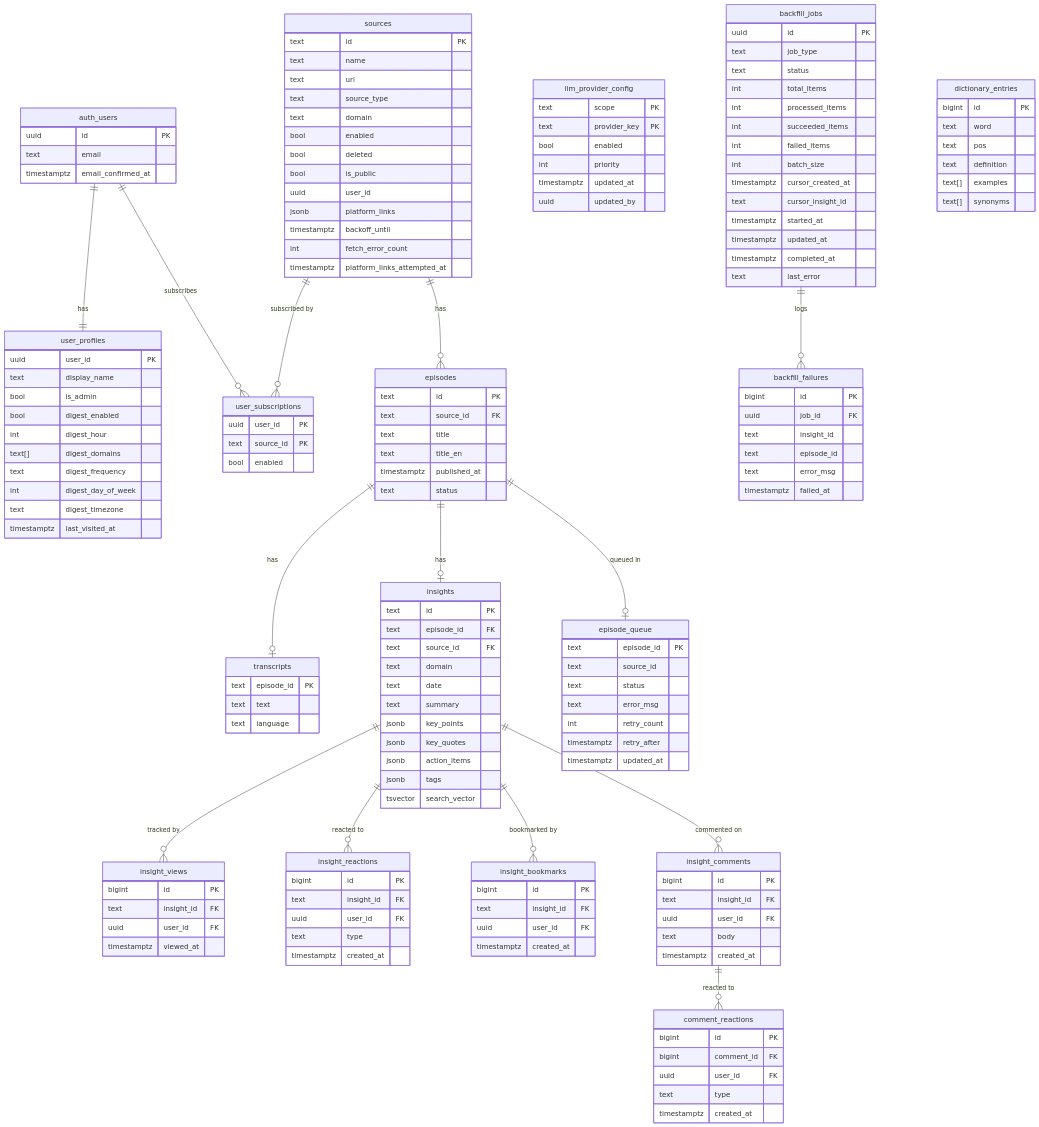
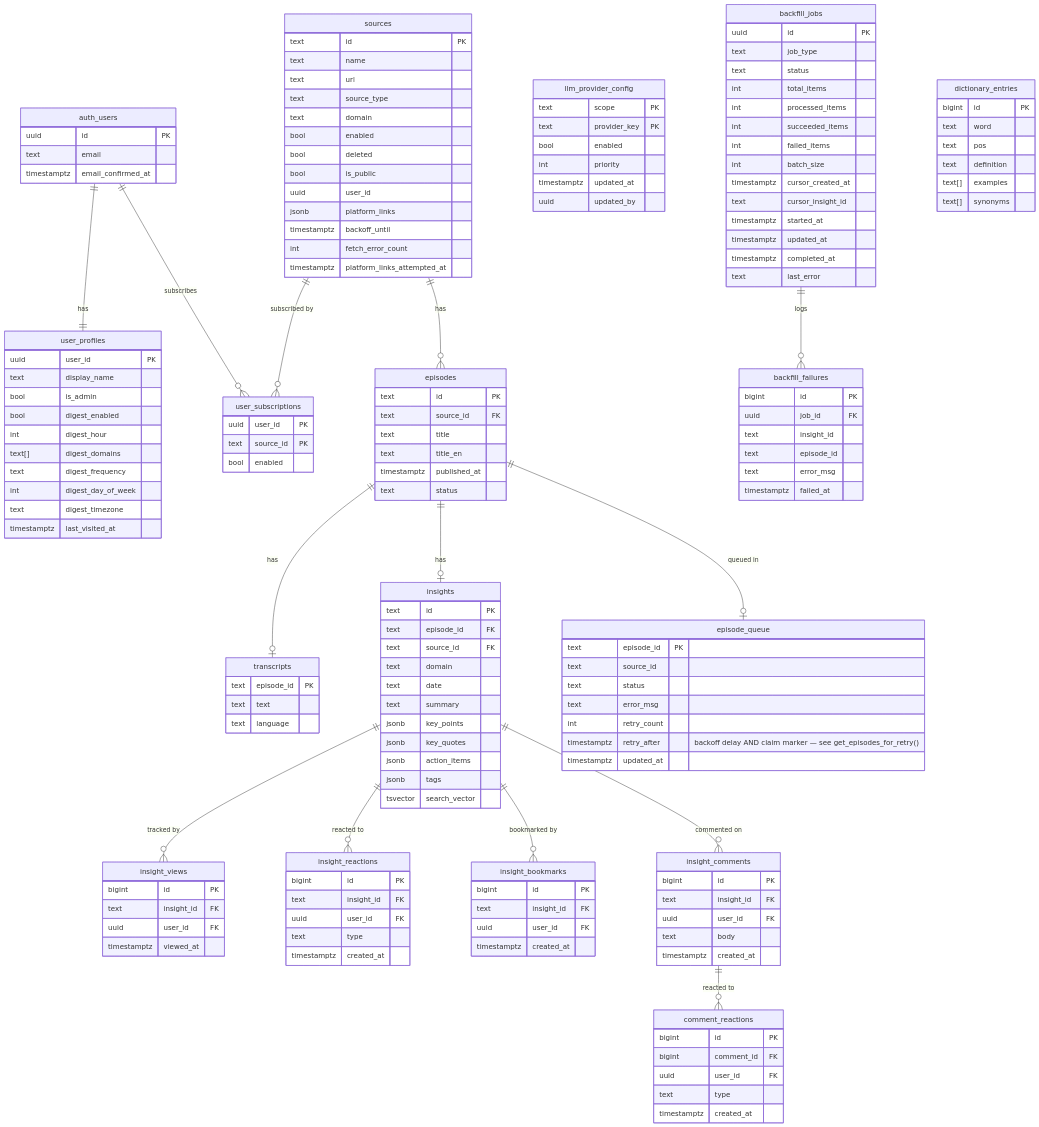
One commit to vtghub/PodcastsSummarizer changed the second of 2 diagrams in docs/architecture.md. Above: the diagram before and after it, drawn with Mermaid. The commit also changed other lines of this file and 2 other files, not shown here.

Commit message:
docs: update architecture and workflow diagrams post-PR #329
- Correct stale test count (80 -> 84 tests) and note the new
  Cerebras discovery tests in README's project structure tree.
- Document the "Recovered after retry" three-state Episode
  Transcription Detail indicator in the Task Status feature row.
- Document get_episodes_for_retry()'s atomic-claim mechanism
  (retry_after reused as a claim marker, not just a backoff delay)
  in both request-workflow.md sequence diagrams that call it, the
  RETRYJOB node in architecture.md's system diagram, and a comment
  on the episode_queue.retry_after column in the erDiagram.

```diff
--- a/docs/architecture.md
+++ b/docs/architecture.md
@@ -314,7 +314,7 @@
         text status
         text error_msg
         int retry_count
-        timestamptz retry_after
+        timestamptz retry_after "backoff delay AND claim marker — see get_episodes_for_retry()"
         timestamptz updated_at
     }
     insight_views {
```
